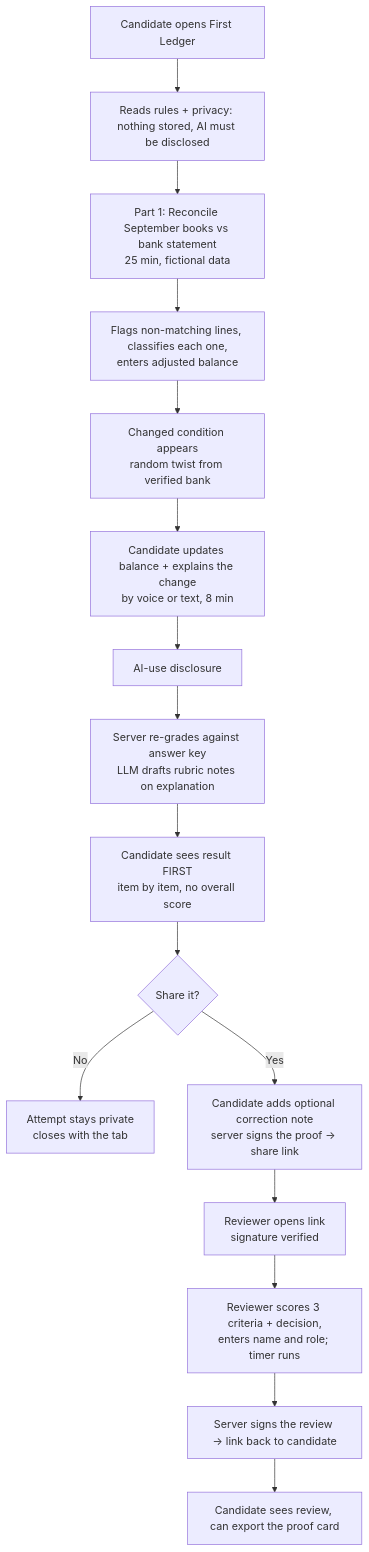
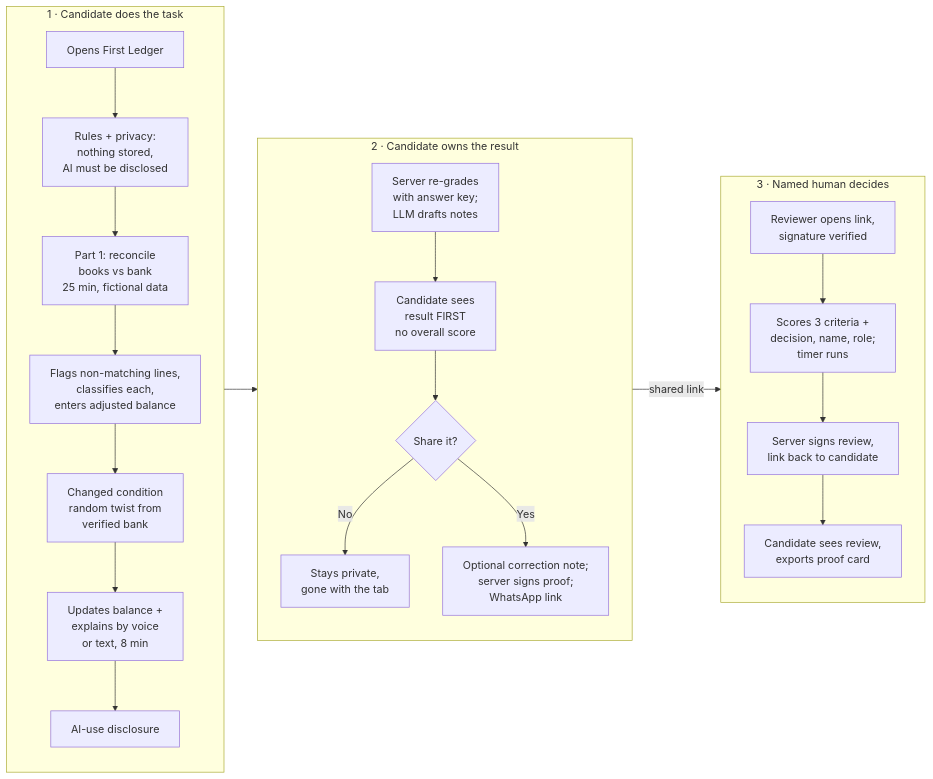
Before and after one commit to KaromBuilds/first-ledger: the first of 2 diagrams in docs/PACKET.md, drawn with Mermaid. The commit also changed other lines of this file and 1 other file, not shown here.

Commit message:
docs: three-column flowchart and persona after-fix screenshot
Claude-Session: https://claude.ai/code/session_01FjfHjhRojgtiySBbRvaKzg

````diff
--- a/docs/PACKET.md
+++ b/docs/PACKET.md
@@ -49,18 +51,27 @@
 ```mermaid
-flowchart TD
-    A[Candidate opens First Ledger] --> B[Reads rules + privacy: nothing stored, AI must be disclosed]
-    B --> C[Part 1: Reconcile September books vs bank statement<br/>25 min, fictional data]
-    C --> D[Flags non-matching lines, classifies each one,<br/>enters adjusted balance]
-    D --> E[Changed condition appears<br/>random twist from verified bank]
-    E --> F[Candidate updates balance + explains the change<br/>by voice or text, 8 min]
-    F --> G[AI-use disclosure]
-    G --> H[Server re-grades against answer key<br/>LLM drafts rubric notes on explanation]
-    H --> I[Candidate sees result FIRST<br/>item by item, no overall score]
-    I --> J{Share it?}
-    J -- No --> K[Attempt stays private<br/>closes with the tab]
-    J -- Yes --> L[Candidate adds optional correction note<br/>server signs the proof → share link]
-    L --> M[Reviewer opens link<br/>signature verified]
-    M --> N[Reviewer scores 3 criteria + decision,<br/>enters name and role; timer runs]
-    N --> O[Server signs the review → link back to candidate]
-    O --> P[Candidate sees review, can export the proof card]
+flowchart LR
+    subgraph P1[1 · Candidate does the task]
+        direction TB
+        A[Opens First Ledger] --> B[Rules + privacy:<br/>nothing stored,<br/>AI must be disclosed]
+        B --> C[Part 1: reconcile<br/>books vs bank<br/>25 min, fictional data]
+        C --> D[Flags non-matching lines,<br/>classifies each,<br/>enters adjusted balance]
+        D --> E[Changed condition<br/>random twist from<br/>verified bank]
+        E --> F[Updates balance +<br/>explains by voice<br/>or text, 8 min]
+        F --> G[AI-use disclosure]
+    end
+    subgraph P2[2 · Candidate owns the result]
+        direction TB
+        H[Server re-grades<br/>with answer key;<br/>LLM drafts notes] --> I[Candidate sees<br/>result FIRST<br/>no overall score]
+        I --> J{Share it?}
+        J -- No --> K[Stays private,<br/>gone with the tab]
+        J -- Yes --> L[Optional correction note;<br/>server signs proof;<br/>WhatsApp link]
+    end
+    subgraph P3[3 · Named human decides]
+        direction TB
+        M[Reviewer opens link,<br/>signature verified] --> N[Scores 3 criteria +<br/>decision, name, role;<br/>timer runs]
+        N --> O[Server signs review,<br/>link back to candidate]
+        O --> P[Candidate sees review,<br/>exports proof card]
+    end
+    P1 --> P2
+    P2 -- shared link --> P3
 ```
````
